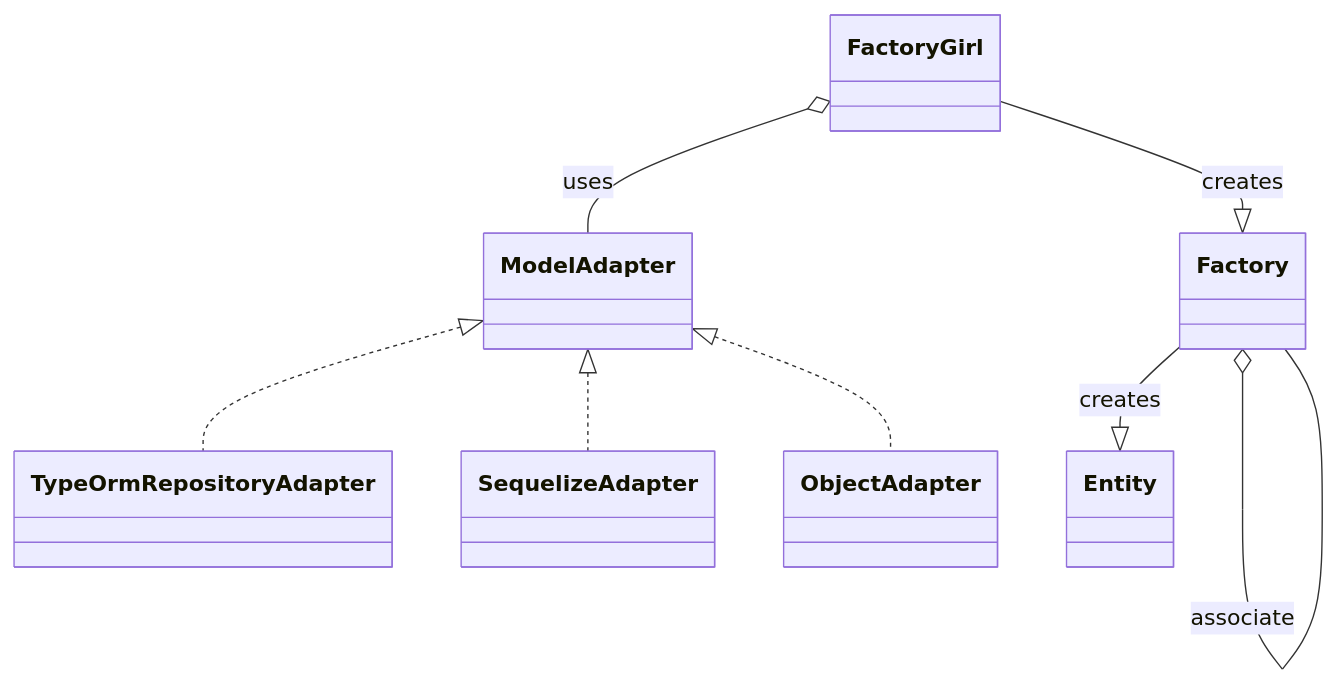
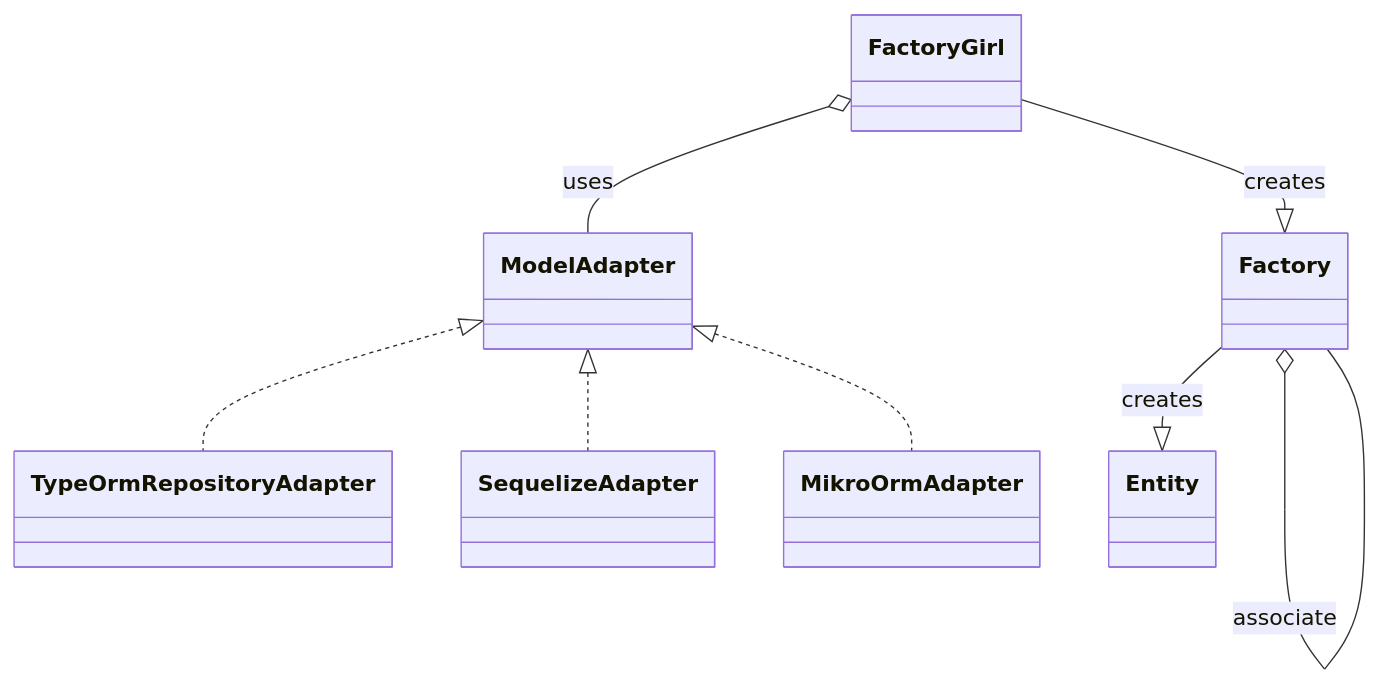
One commit to thiagomini/factory-girl-ts changed the first of 2 diagrams in readme.md. Above: the diagram before and after it, drawn with Mermaid. The commit also changed other lines of this file, not shown here.

````diff
--- a/readme.md
+++ b/readme.md
@@ -28,11 +33,11 @@
 ```mermaid
 classDiagram
     FactoryGirl --|> Factory : creates
     ModelAdapter <|.. TypeOrmRepositoryAdapter
     ModelAdapter <|.. SequelizeAdapter
-    ModelAdapter <|.. ObjectAdapter
+    ModelAdapter <|.. MikroOrmAdapter
     FactoryGirl o-- ModelAdapter : uses
     Factory o-- Factory : associate
     Factory --|> Entity : creates
 
 ```
````
